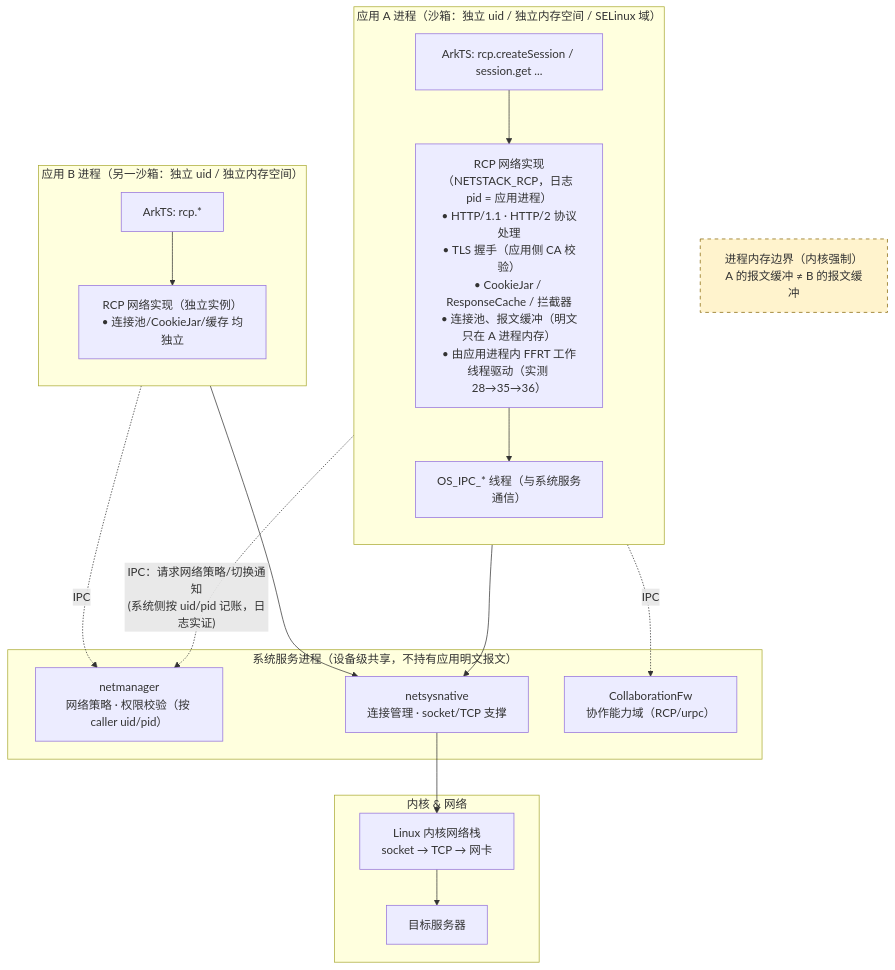
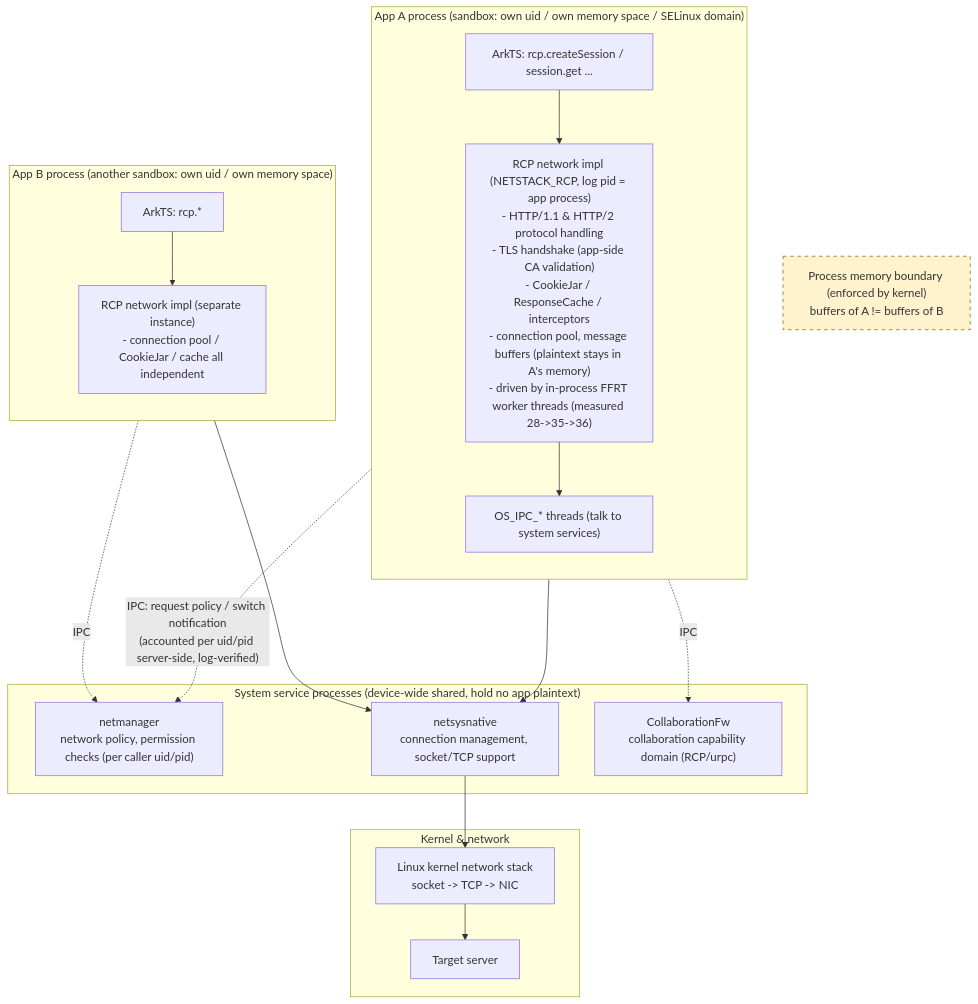
One commit to xinthink/hmos-networking-poc changed the second of 2 diagrams in docs/harmonyos-network-libraries.md. Above: the diagram before and after it, drawn with Mermaid. The commit also changed other lines of this file, not shown here.

First line of the commit message:
docs: 两张架构图改为全英文标签

````diff
--- a/docs/harmonyos-network-libraries.md
+++ b/docs/harmonyos-network-libraries.md
@@ -340,40 +344,40 @@
 ```mermaid
 graph TB
-    subgraph PA["应用 A 进程（沙箱：独立 uid / 独立内存空间 / SELinux 域）"]
+    subgraph PA["App A process (sandbox: own uid / own memory space / SELinux domain)"]
         direction TB
         AJS["ArkTS: rcp.createSession / session.get ..."]
-        ART["RCP 网络实现（NETSTACK_RCP，日志 pid = 应用进程）<br/>• HTTP/1.1 · HTTP/2 协议处理<br/>• TLS 握手（应用侧 CA 校验）<br/>• CookieJar / ResponseCache / 拦截器<br/>• 连接池、报文缓冲（明文只在 A 进程内存）<br/>• 由应用进程内 FFRT 工作线程驱动（实测 28→35→36）"]
-        AIPC["OS_IPC_* 线程（与系统服务通信）"]
+        ART["RCP network impl (NETSTACK_RCP, log pid = app process)<br/>- HTTP/1.1 &amp; HTTP/2 protocol handling<br/>- TLS handshake (app-side CA validation)<br/>- CookieJar / ResponseCache / interceptors<br/>- connection pool, message buffers (plaintext stays in A's memory)<br/>- driven by in-process FFRT worker threads (measured 28-&gt;35-&gt;36)"]
+        AIPC["OS_IPC_* threads (talk to system services)"]
         AJS --> ART
         ART --> AIPC
     end
 
-    subgraph PB["应用 B 进程（另一沙箱：独立 uid / 独立内存空间）"]
+    subgraph PB["App B process (another sandbox: own uid / own memory space)"]
         direction TB
         BJS["ArkTS: rcp.*"]
-        BRT["RCP 网络实现（独立实例）<br/>• 连接池/CookieJar/缓存 均独立"]
+        BRT["RCP network impl (separate instance)<br/>- connection pool / CookieJar / cache all independent"]
         BJS --> BRT
     end
 
-    subgraph SYS["系统服务进程（设备级共享，不持有应用明文报文）"]
-        NM["netmanager<br/>网络策略 · 权限校验（按 caller uid/pid）"]
-        NSN["netsysnative<br/>连接管理 · socket/TCP 支撑"]
-        CFW["CollaborationFw<br/>协作能力域（RCP/urpc）"]
+    subgraph SYS["System service processes (device-wide shared, hold no app plaintext)"]
+        NM["netmanager<br/>network policy, permission checks (per caller uid/pid)"]
+        NSN["netsysnative<br/>connection management, socket/TCP support"]
+        CFW["CollaborationFw<br/>collaboration capability domain (RCP/urpc)"]
     end
 
-    subgraph KER["内核 & 网络"]
-        KNET["Linux 内核网络栈<br/>socket → TCP → 网卡"]
-        NET["目标服务器"]
+    subgraph KER["Kernel & network"]
+        KNET["Linux kernel network stack<br/>socket -> TCP -> NIC"]
+        NET["Target server"]
     end
 
-    AIPC -. "IPC：请求网络策略/切换通知<br/>(系统侧按 uid/pid 记账，日志实证)" .-> NM
+    AIPC -. "IPC: request policy / switch notification<br/>(accounted per uid/pid server-side, log-verified)" .-> NM
     ART --> NSN
     BRT --> NSN
     BRT -. "IPC" .-> NM
     AIPC -. "IPC" .-> CFW
     NSN --> KNET
     KNET --> NET
 
-    MEM1["进程内存边界（内核强制）<br/>A 的报文缓冲 ≠ B 的报文缓冲"]
+    MEM1["Process memory boundary (enforced by kernel)<br/>buffers of A != buffers of B"]
     style MEM1 fill:#fff3cd,stroke:#856404,stroke-dasharray: 5 5
 ```
````
